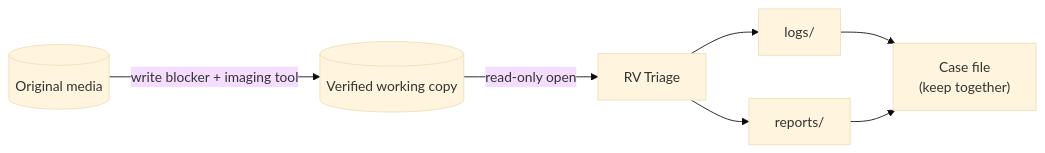
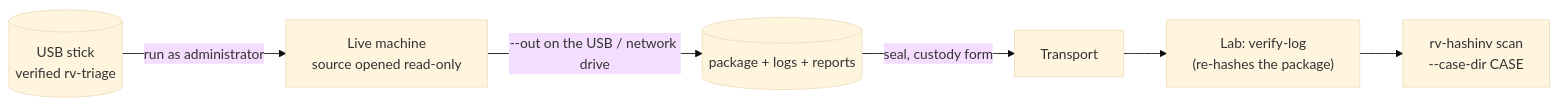
Before and after one commit to Panacota96/rv-triage: the fifth of 5 diagrams in docs/forensic-audit.md, drawn with Mermaid (base theme). The commit also changed other lines of this file and 85 other files, not shown here.

First line of the commit message:
feat: RV Triage v0.1 — live Windows collection (#6)

````diff
--- a/docs/forensic-audit.md
+++ b/docs/forensic-audit.md
@@ -187,8 +185,8 @@
 ```mermaid
 flowchart LR
-    O[("Original media")] -->|write blocker + imaging tool| C[("Verified working copy")]
-    C -->|read-only open| T["RV Triage"]
-    T --> L["logs/"]
-    T --> R["reports/"]
-    L & R --> K["Case file<br/>(keep together)"]
+    U[("USB stick<br/>verified rv-triage")] -->|run as administrator| M["Live machine<br/>source opened read-only"]
+    M -->|"--out on the USB / network drive"| P[("package + logs + reports")]
+    P -->|seal, custody form| T["Transport"]
+    T --> V["Lab: verify-log<br/>(re-hashes the package)"]
+    V --> H["rv-hashinv scan<br/>--case-dir CASE"]
 ```
````
